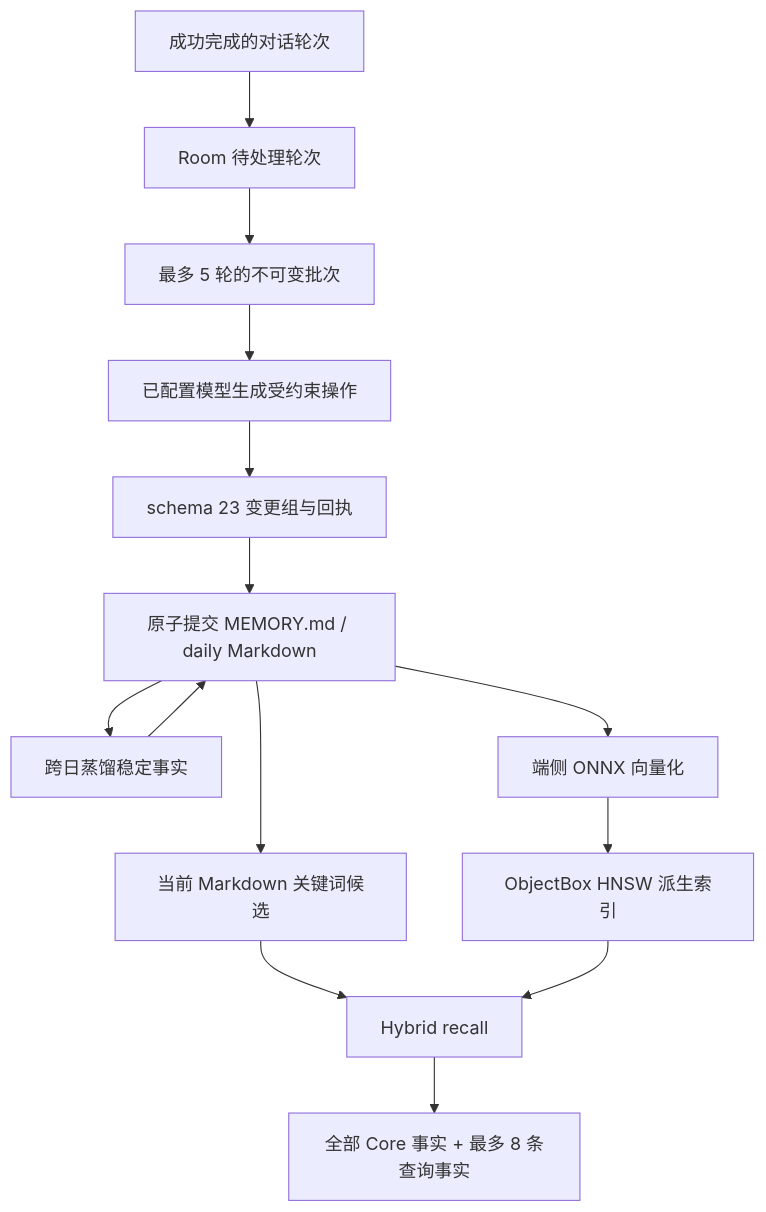
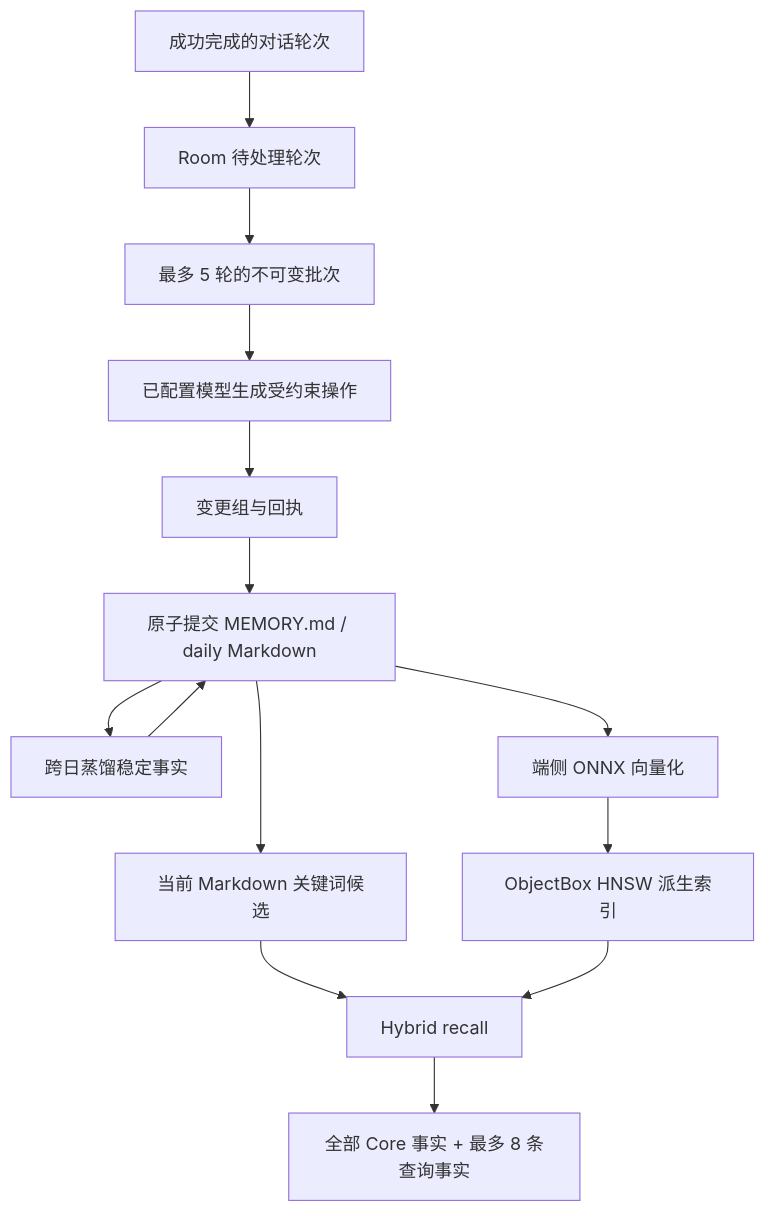
The first of 2 diagrams in README.md (NaBr406/ChatWithChat), drawn with Mermaid before and after one commit. The commit also changed other lines of this file, not shown here.

````diff
--- a/README.md
+++ b/README.md
@@ -255,16 +359,16 @@
 ```mermaid
 flowchart TD
     TURN["成功完成的对话轮次"] --> PENDING["Room 待处理轮次"]
     PENDING --> BATCH["最多 5 轮的不可变批次"]
     BATCH --> LLM["已配置模型生成受约束操作"]
-    LLM --> RECEIPT["schema 23 变更组与回执"]
+    LLM --> RECEIPT["变更组与回执"]
     RECEIPT --> MARKDOWN["原子提交 MEMORY.md / daily Markdown"]
     MARKDOWN --> DISTILL["跨日蒸馏稳定事实"]
     DISTILL --> MARKDOWN
     MARKDOWN --> LEXICAL["当前 Markdown 关键词候选"]
     MARKDOWN --> EMBEDDING["端侧 ONNX 向量化"]
     EMBEDDING --> HNSW["ObjectBox HNSW 派生索引"]
     LEXICAL --> HYBRID["Hybrid recall"]
     HNSW --> HYBRID
     HYBRID --> PROMPT["全部 Core 事实 + 最多 8 条查询事实"]
 ```
````
